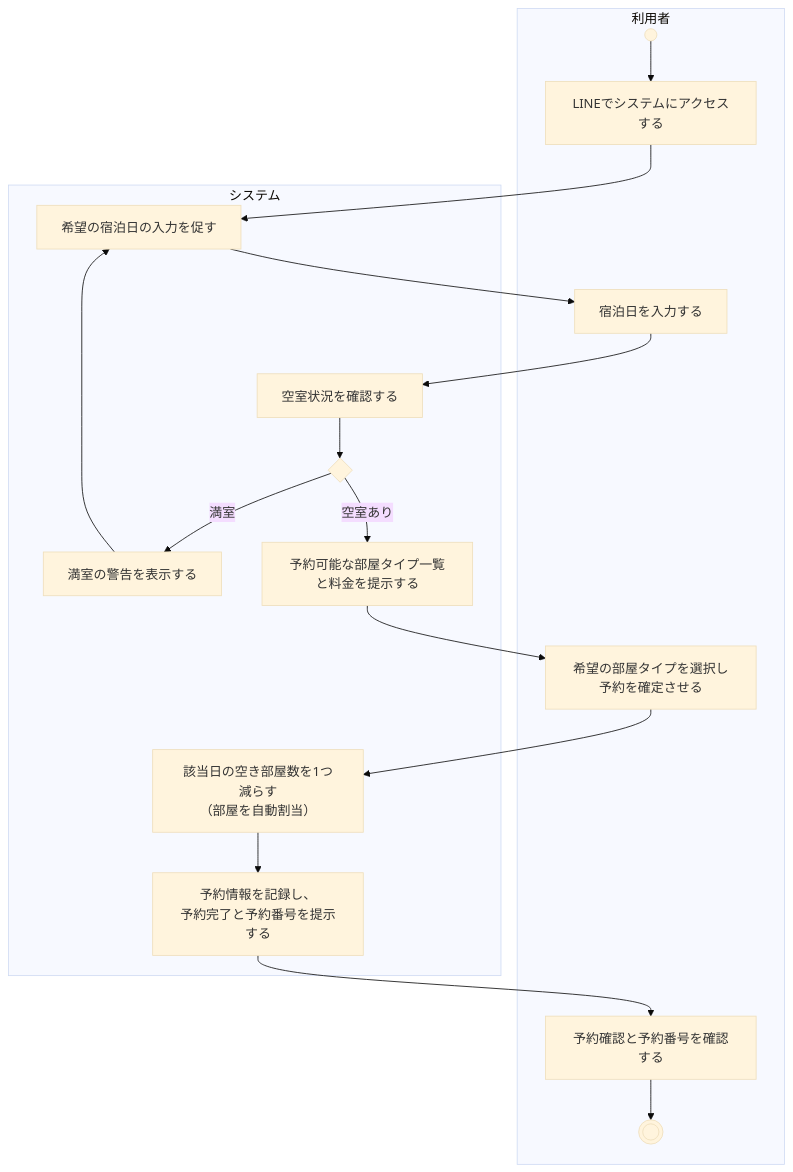
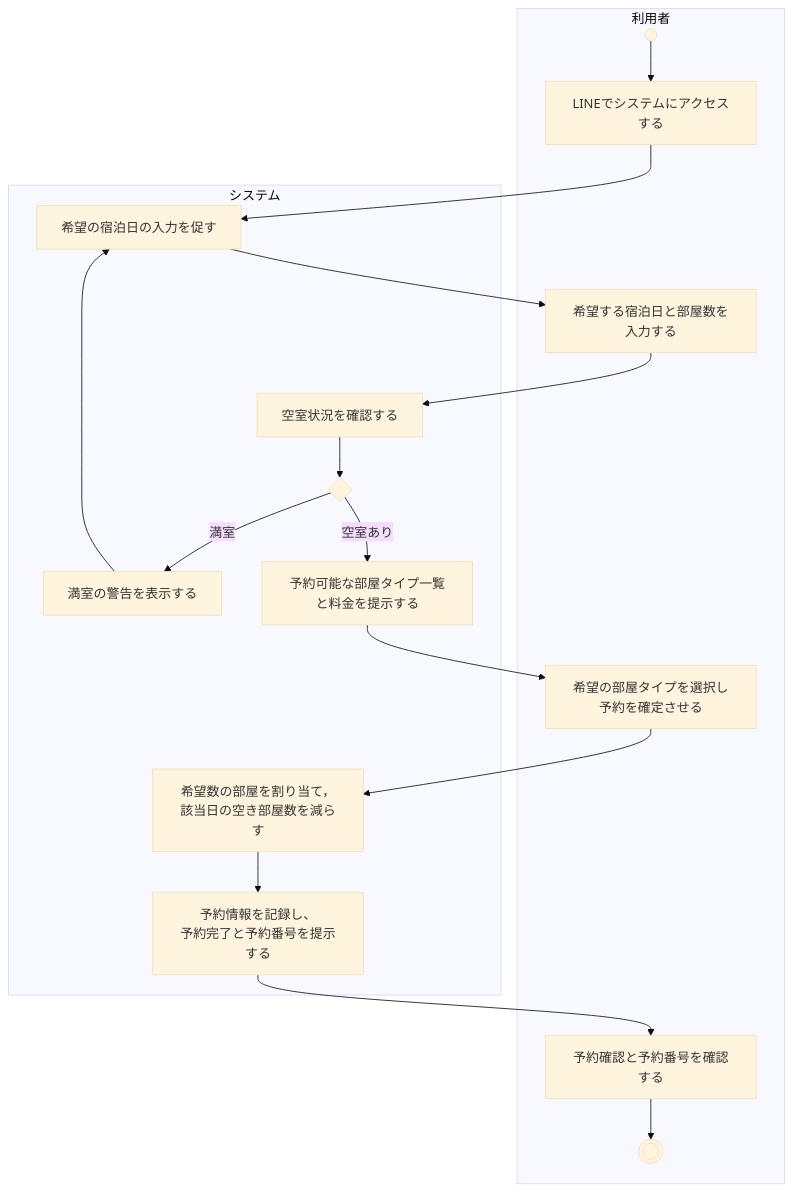
The second of 4 diagrams in Requirements_Analysis.md (Kohki-tyl/HRS), drawn with Mermaid (base theme) before and after one commit. The commit also changed other lines of this file, not shown here.

````diff
--- a/Requirements_Analysis.md
+++ b/Requirements_Analysis.md
@@ -158,40 +156,40 @@
 ```mermaid
 flowchart TD
     subgraph U[利用者]
         A0(( )) --> A1[LINEでシステムにアクセスする]
-        A4[宿泊日を入力する]
+        A4[希望する宿泊日と部屋数を入力する]
         A9[希望の部屋タイプを選択し予約を確定させる]
         A11[予約確認と予約番号を確認する] --> A12((( )))
     end
 
     subgraph S[システム]
         A2[希望の宿泊日の入力を促す]
         A5[空室状況を確認する]
         A6{ }
         A7[予約可能な部屋タイプ一覧と料金を提示する]
         A8[満室の警告を表示する]
         
         %% 処理を分割・追加
-        A10_1[該当日の空き部屋数を1つ減らす<br/>（部屋を自動割当）]
+        A10_1[希望数の部屋を割り当て，該当日の空き部屋数を減らす<br/>]
         A10_2[予約情報を記録し、<br/>予約完了と予約番号を提示する]
     end
 
     %% コントロールフロー
     A1 --> A2
     A2 --> A4
     A4 --> A5
     A5 --> A6
     
     %% 条件分岐（空室状況の確認結果）
     A6 -->|空室あり| A7
     A6 -->|満室| A8
     
     %% ループ（警告表示から再入力の促しへ）
     A8 --> A2
     
     %% 予約確定から完了への流れ（修正部分）
     A7 --> A9
     A9 --> A10_1
     A10_1 --> A10_2
     A10_2 --> A11
 ```
````
